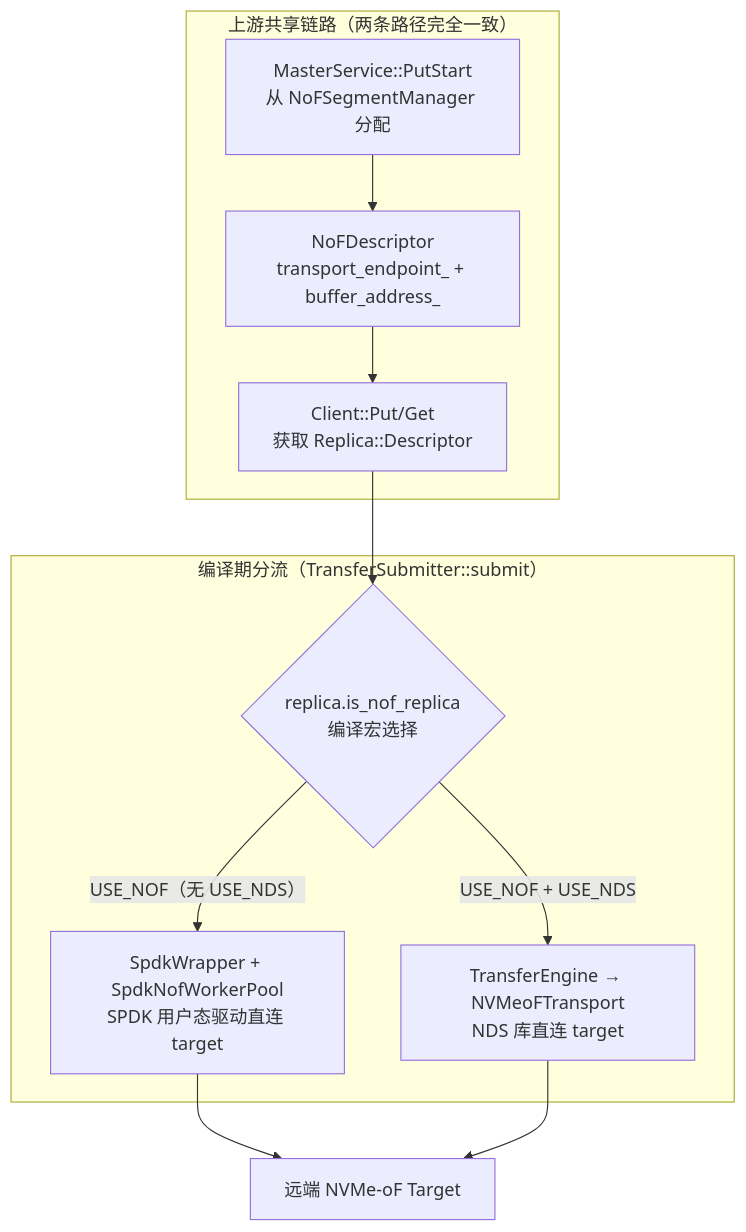
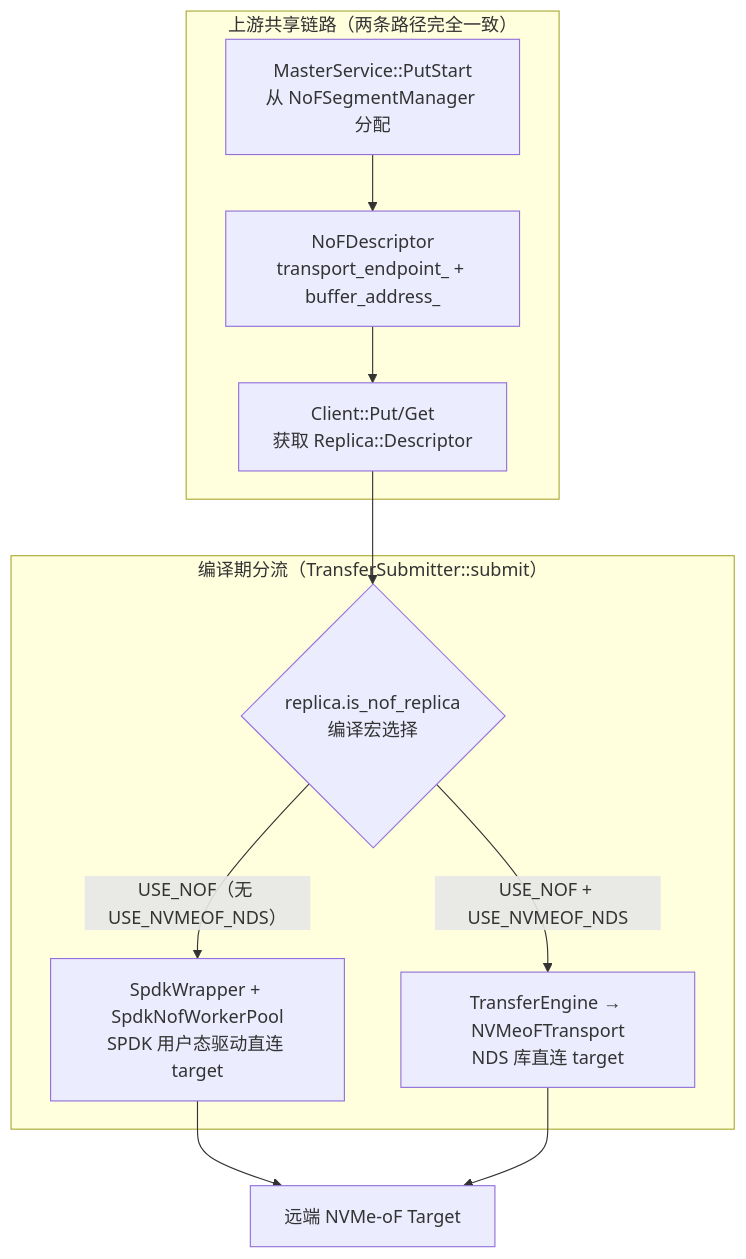
One commit to yz53665/Mooncake changed diagram 12 of 17 in docs/rfc-nds-nvmeof-transport-cn.md. Above: the diagram before and after it, drawn with Mermaid. The commit also changed other lines of this file, not shown here.

````diff
--- a/docs/rfc-nds-nvmeof-transport-cn.md
+++ b/docs/rfc-nds-nvmeof-transport-cn.md
@@ -522,19 +527,19 @@
 ```mermaid
 graph TB
     subgraph Shared["上游共享链路（两条路径完全一致）"]
         MASTER[MasterService::PutStart<br/>从 NoFSegmentManager 分配]
         DESC[NoFDescriptor<br/>transport_endpoint_ + buffer_address_]
         CLIENT[Client::Put/Get<br/>获取 Replica::Descriptor]
         MASTER --> DESC --> CLIENT
     end
 
     subgraph Fork["编译期分流（TransferSubmitter::submit）"]
         FORK{replica.is_nof_replica<br/>编译宏选择}
-        FORK -->|"USE_NOF（无 USE_NDS）"| SPDK_PATH[SpdkWrapper + SpdkNofWorkerPool<br/>SPDK 用户态驱动直连 target]
-        FORK -->|"USE_NOF + USE_NDS"| NDS_PATH[TransferEngine → NVMeoFTransport<br/>NDS 库直连 target]
+        FORK -->|"USE_NOF（无 USE_NVMEOF_NDS）"| SPDK_PATH[SpdkWrapper + SpdkNofWorkerPool<br/>SPDK 用户态驱动直连 target]
+        FORK -->|"USE_NOF + USE_NVMEOF_NDS"| NDS_PATH[TransferEngine → NVMeoFTransport<br/>NDS 库直连 target]
     end
 
     CLIENT --> FORK
     SPDK_PATH --> TARGET[远端 NVMe-oF Target]
     NDS_PATH --> TARGET
 ```
````
